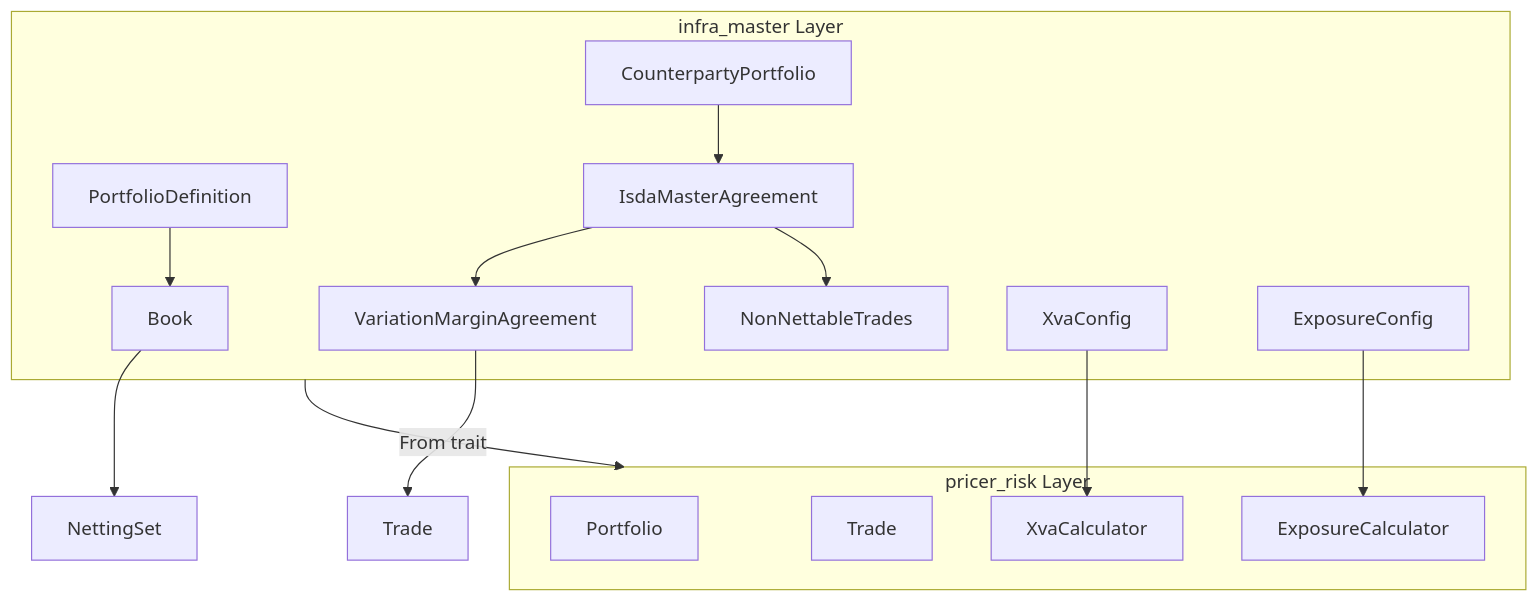
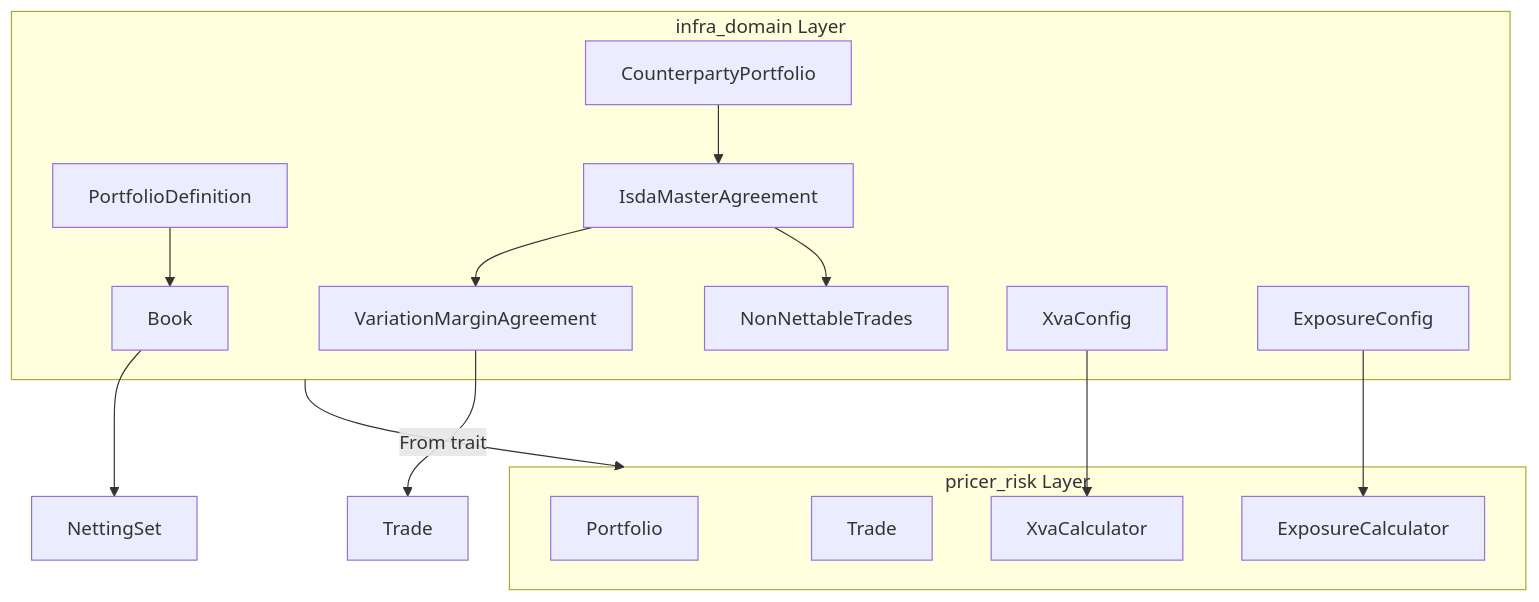
One commit to neutryx-lab/neutryx-rust changed the first of 4 diagrams in .kiro/specs/portfolio-book-model/design.md. Above: the diagram before and after it, drawn with Mermaid. The commit also changed other lines of this file and 303 other files, not shown here.

First line of the commit message:
Refactor imports from `infra_master` to `infra_domain`

````diff
--- a/.kiro/specs/portfolio-book-model/design.md
+++ b/.kiro/specs/portfolio-book-model/design.md
@@ -42,31 +42,31 @@
 ```mermaid
 graph TB
-    subgraph InfraMaster[infra_master Layer]
+    subgraph InfraMaster[infra_domain Layer]
         Book[Book]
         Portfolio[PortfolioDefinition]
         ISDA[IsdaMasterAgreement]
         VMA[VariationMarginAgreement]
         NonNettable[NonNettableTrades]
         CPPortfolio[CounterpartyPortfolio]
         XvaConfig[XvaConfig]
         ExposureConfig[ExposureConfig]
     end
 
     subgraph PricerRisk[pricer_risk Layer]
         PRPortfolio[Portfolio]
         PRTrade[Trade]
         XvaCalc[XvaCalculator]
         ExposureCalc[ExposureCalculator]
     end
 
     Portfolio --> Book
     Book --> NettingSet
     CPPortfolio --> ISDA
     ISDA --> VMA
     ISDA --> NonNettable
     VMA --> Trade
 
     InfraMaster -->|From trait| PricerRisk
     XvaConfig --> XvaCalc
     ExposureConfig --> ExposureCalc
 ```
````
